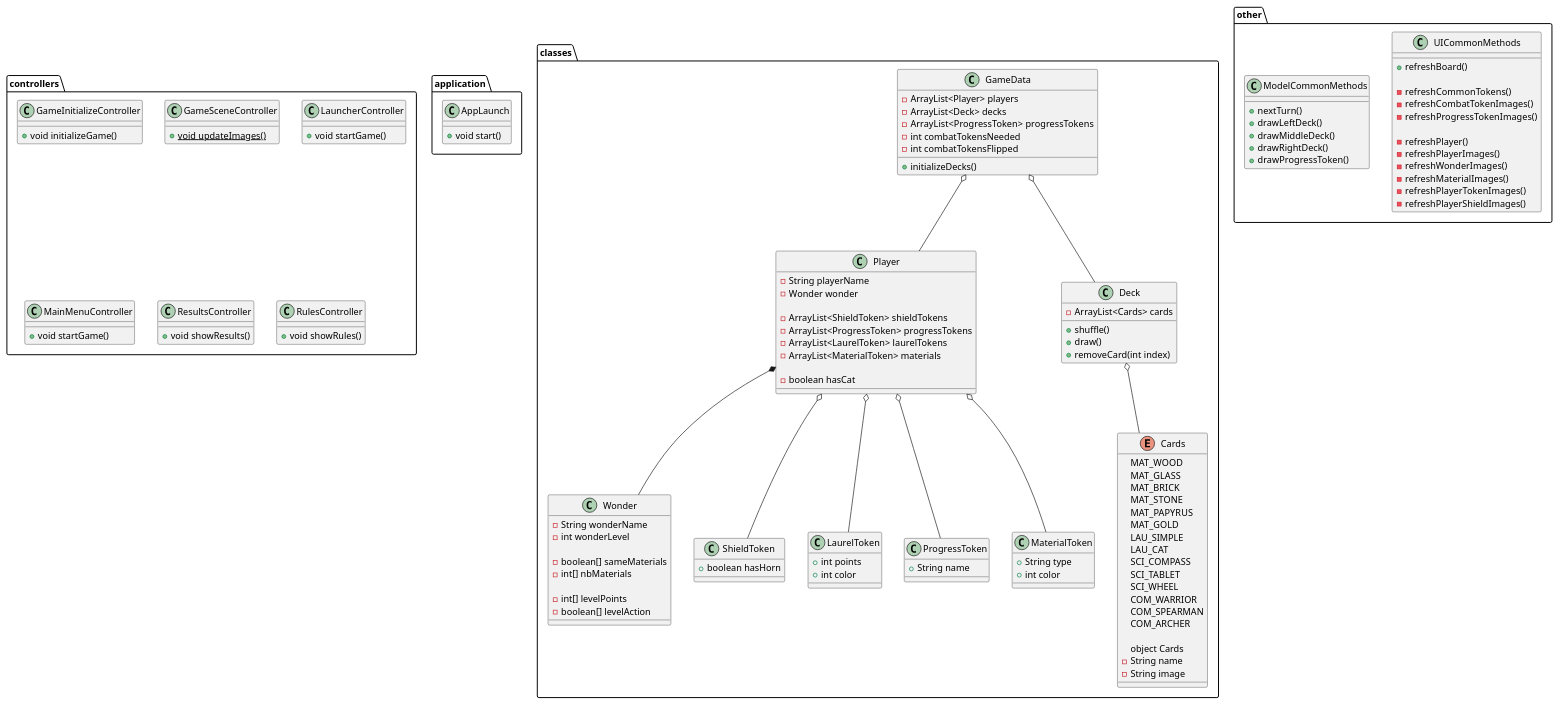
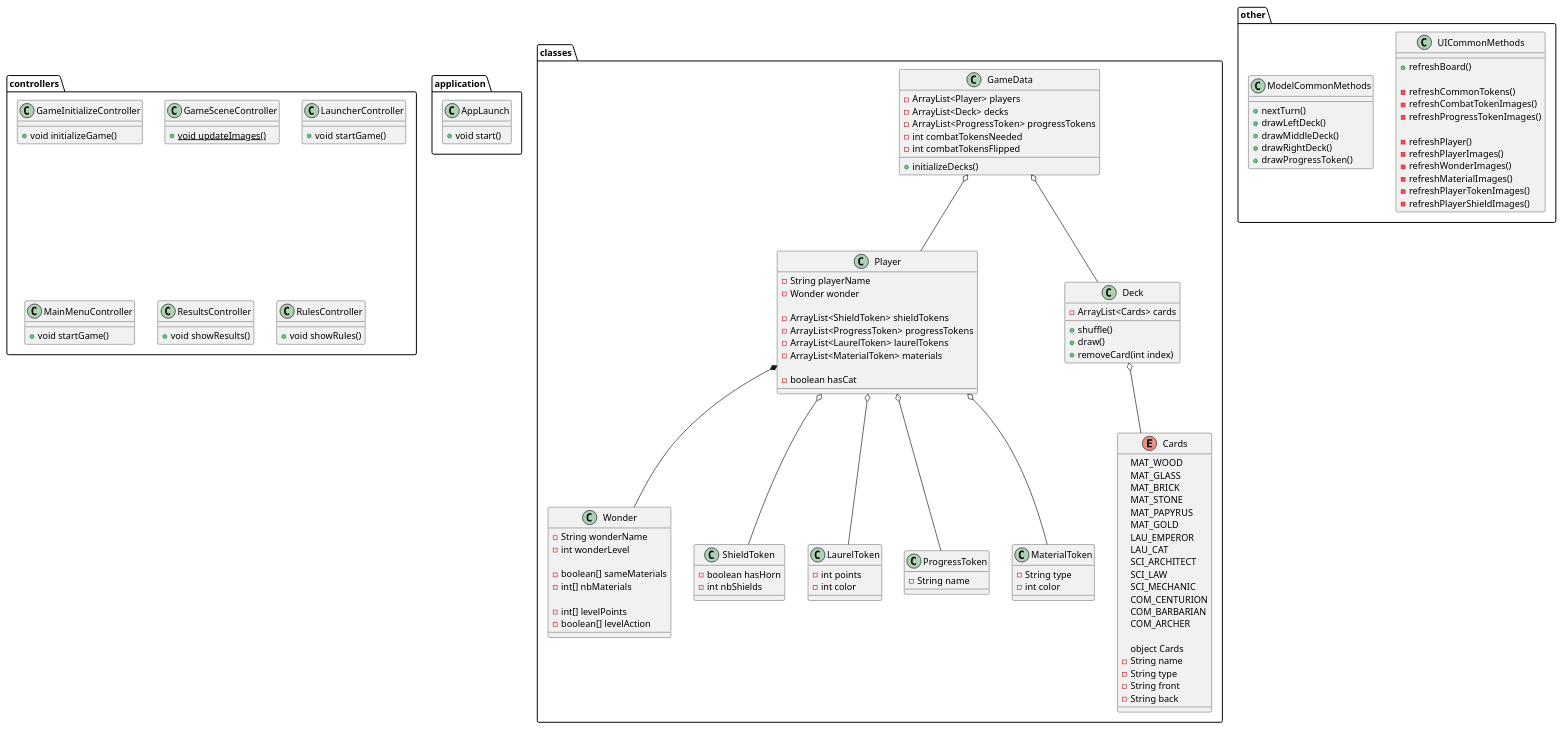
The diagram in src/main/resources/other/7WUML.puml (LeCarnotzetVeveysan/GameSevenWondersArchitect), drawn with PlantUML before and after one commit. The commit also changed 7 other files, not shown here.

```diff
--- a/src/main/resources/other/7WUML.puml
+++ b/src/main/resources/other/7WUML.puml
@@ -1,160 +1,163 @@
 @startuml
 'https://plantuml.com/class-diagram
 
 package application {
 
     class AppLaunch {
         + void start()
     }
 
 }
 
 package classes {
     class GameData {
         - ArrayList<Player> players
         - ArrayList<Deck> decks
         - ArrayList<ProgressToken> progressTokens
         - int combatTokensNeeded
         - int combatTokensFlipped
         + initializeDecks()
     }
 
     class Player {
         - String playerName
         - Wonder wonder
 
         - ArrayList<ShieldToken> shieldTokens
         - ArrayList<ProgressToken> progressTokens
         - ArrayList<LaurelToken> laurelTokens
         - ArrayList<MaterialToken> materials
 
         - boolean hasCat
     }
 
     class Wonder {
         - String wonderName
         - int wonderLevel
 
         - boolean[] sameMaterials
         - int[] nbMaterials
 
         - int[] levelPoints
         - boolean[] levelAction
     }
 
     enum Cards {
         MAT_WOOD
         MAT_GLASS
         MAT_BRICK
         MAT_STONE
         MAT_PAPYRUS
         MAT_GOLD
-        LAU_SIMPLE
+        LAU_EMPEROR
         LAU_CAT
-        SCI_COMPASS
-        SCI_TABLET
-        SCI_WHEEL
-        COM_WARRIOR
-        COM_SPEARMAN
+        SCI_ARCHITECT
+        SCI_LAW
+        SCI_MECHANIC
+        COM_CENTURION
+        COM_BARBARIAN
         COM_ARCHER
 
         object Cards
         - String name
-        - String image
+        - String type
+        - String front
+        - String back
     }
 
     class Deck {
         - ArrayList<Cards> cards
         + shuffle()
         + draw()
         + removeCard(int index)
     }
 
     class ShieldToken {
-        + boolean hasHorn
+        - boolean hasHorn
+        - int nbShields
     }
 
     class LaurelToken {
-        + int points
-        + int color
+        - int points
+        - int color
     }
 
     class ProgressToken {
-        + String name
+        - String name
     }
 
     class MaterialToken {
-        + String type
-        + int color
+        - String type
+        - int color
     }
 
 
 
 }
 
 package controllers {
 
     class GameInitializeController {
         + void initializeGame()
     }
 
     class GameSceneController {
         + {static} void updateImages()
     }
 
     class LauncherController {
         + void startGame()
     }
 
     class MainMenuController {
         + void startGame()
     }
 
     class ResultsController {
         + void showResults()
     }
 
     class RulesController {
         + void showRules()
     }
 
 }
 
 package other {
 
     class UICommonMethods {
         + refreshBoard()
 
         - refreshCommonTokens()
         - refreshCombatTokenImages()
         - refreshProgressTokenImages()
 
         - refreshPlayer()
         - refreshPlayerImages()
         - refreshWonderImages()
         - refreshMaterialImages()
         - refreshPlayerTokenImages()
         - refreshPlayerShieldImages()
     }
 
     class ModelCommonMethods {
         + nextTurn()
         + drawLeftDeck()
         + drawMiddleDeck()
         + drawRightDeck()
         + drawProgressToken()
     }
 
 }
 
 GameData o-- Player
 GameData o-- Deck
 Deck o-- Cards
 Player *-- Wonder
 Player o-- MaterialToken
 Player o-- ShieldToken
 Player o-- LaurelToken
 Player o-- ProgressToken
 
 
 @enduml
```
